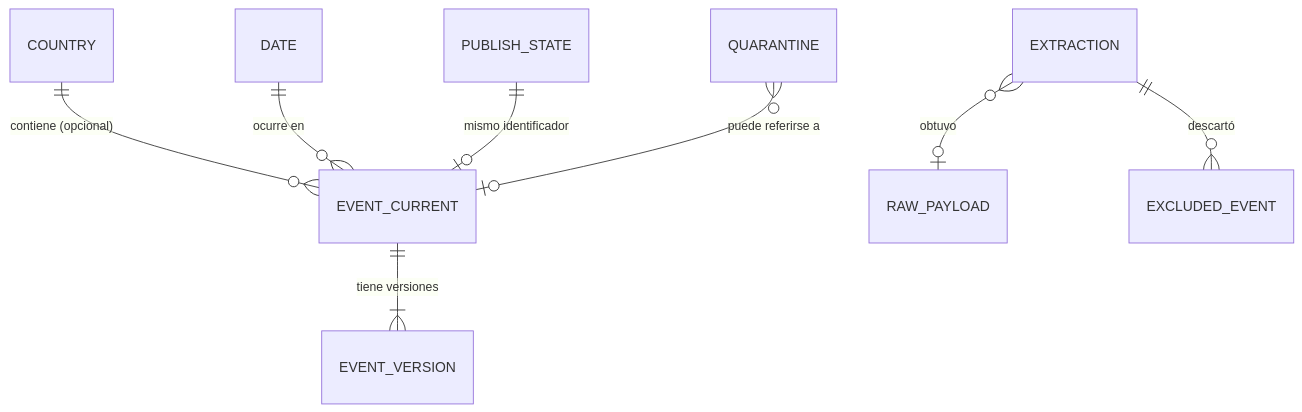
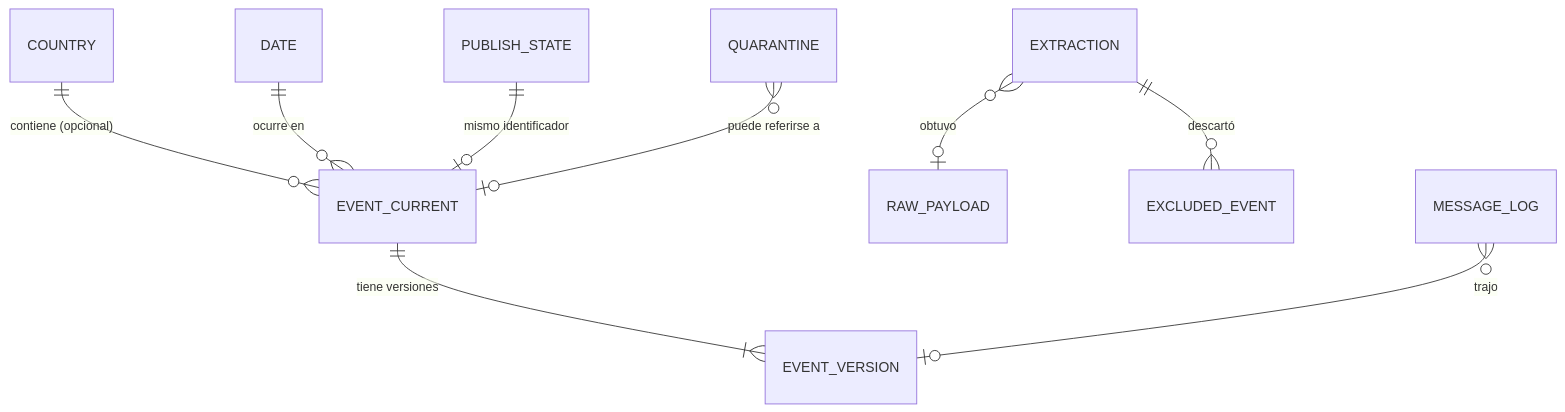
Before and after one commit to escastel/seismic_observatory: the diagram in specs/002-platform-data-model/data-model.md, drawn with Mermaid. The commit also changed other lines of this file and 7 other files, not shown here.

````diff
--- a/specs/002-platform-data-model/data-model.md
+++ b/specs/002-platform-data-model/data-model.md
@@ -11,10 +11,11 @@
 ```mermaid
 erDiagram
     COUNTRY ||--o{ EVENT_CURRENT : "contiene (opcional)"
     DATE ||--o{ EVENT_CURRENT : "ocurre en"
     EVENT_CURRENT ||--|{ EVENT_VERSION : "tiene versiones"
     EXTRACTION }o--o| RAW_PAYLOAD : "obtuvo"
     EXTRACTION ||--o{ EXCLUDED_EVENT : "descartó"
     PUBLISH_STATE ||--o| EVENT_CURRENT : "mismo identificador"
     QUARANTINE }o--o| EVENT_CURRENT : "puede referirse a"
+    MESSAGE_LOG }o--o| EVENT_VERSION : "trajo"
 ```
````
